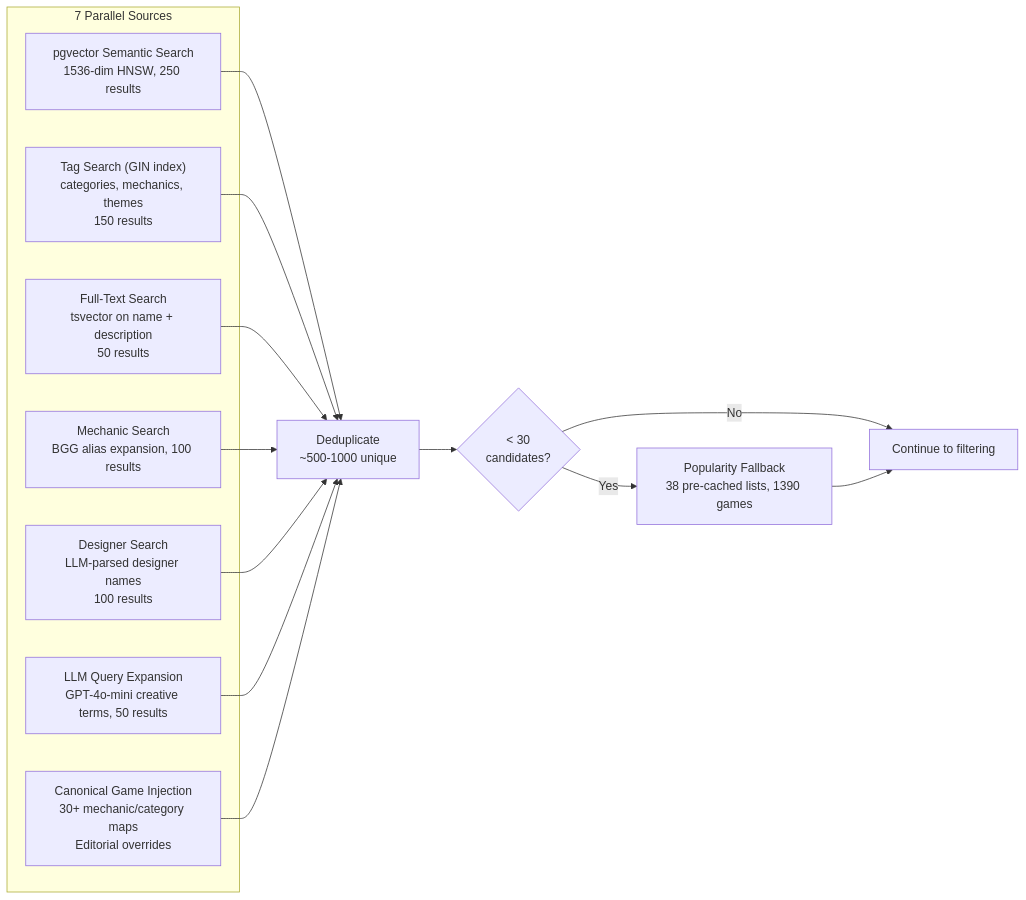
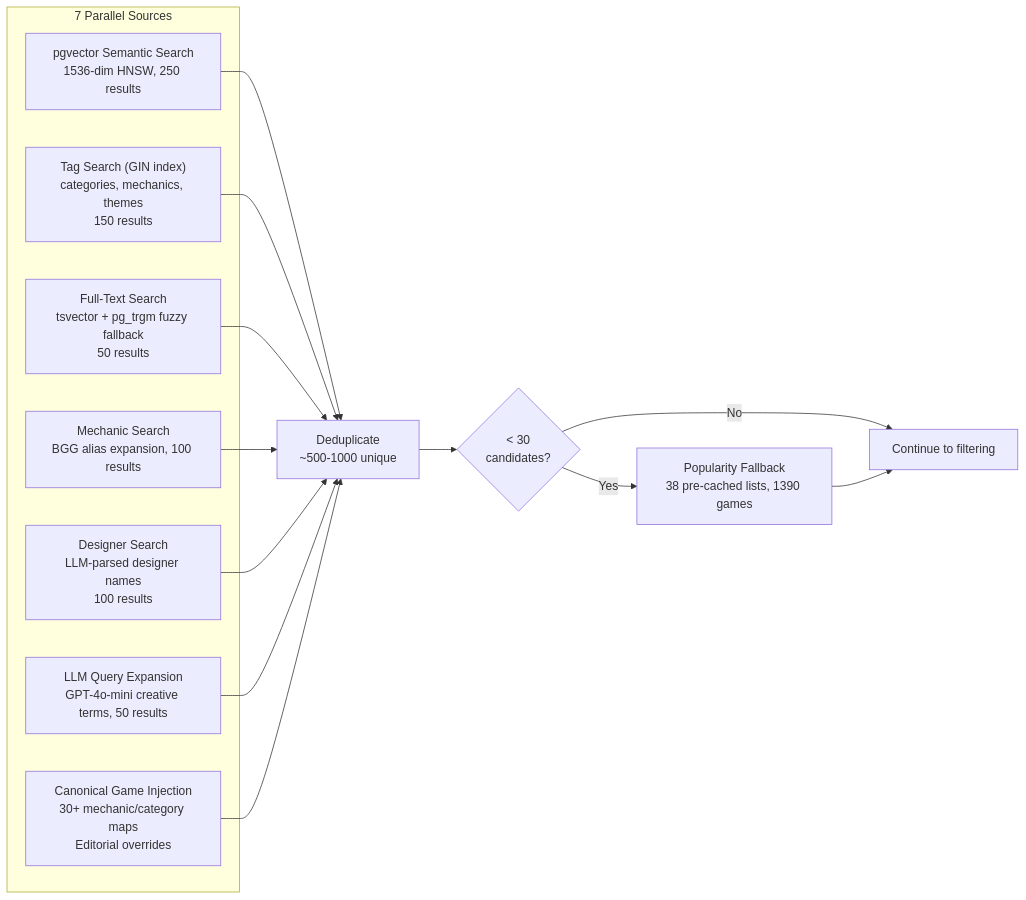
The fifth of 11 diagrams in docs/HACKMD-REVIEW.md (stopitdan/recommendagame), drawn with Mermaid before and after one commit. The commit also changed other lines of this file and 12 other files, not shown here.

````diff
--- a/docs/HACKMD-REVIEW.md
+++ b/docs/HACKMD-REVIEW.md
@@ -283,23 +284,23 @@
 ```mermaid
 flowchart LR
     subgraph Sources["7 Parallel Sources"]
         V["pgvector Semantic Search<br/>1536-dim HNSW, 250 results"]
         T["Tag Search (GIN index)<br/>categories, mechanics, themes<br/>150 results"]
-        X["Full-Text Search<br/>tsvector on name + description<br/>50 results"]
+        X["Full-Text Search<br/>tsvector + pg_trgm fuzzy fallback<br/>50 results"]
         M["Mechanic Search<br/>BGG alias expansion, 100 results"]
         D["Designer Search<br/>LLM-parsed designer names<br/>100 results"]
         E["LLM Query Expansion<br/>GPT-4o-mini creative terms, 50 results"]
         CAN["Canonical Game Injection<br/>30+ mechanic/category maps<br/>Editorial overrides"]
     end
 
     DEDUP["Deduplicate<br/>~500-1000 unique"]
 
     FALLBACK{"< 30<br/>candidates?"}
     POP["Popularity Fallback<br/>38 pre-cached lists, 1390 games"]
 
     V & T & X & M & D & E & CAN --> DEDUP
     DEDUP --> FALLBACK
     FALLBACK -->|Yes| POP
     FALLBACK -->|No| NEXT["Continue to filtering"]
     POP --> NEXT
 ```
````
